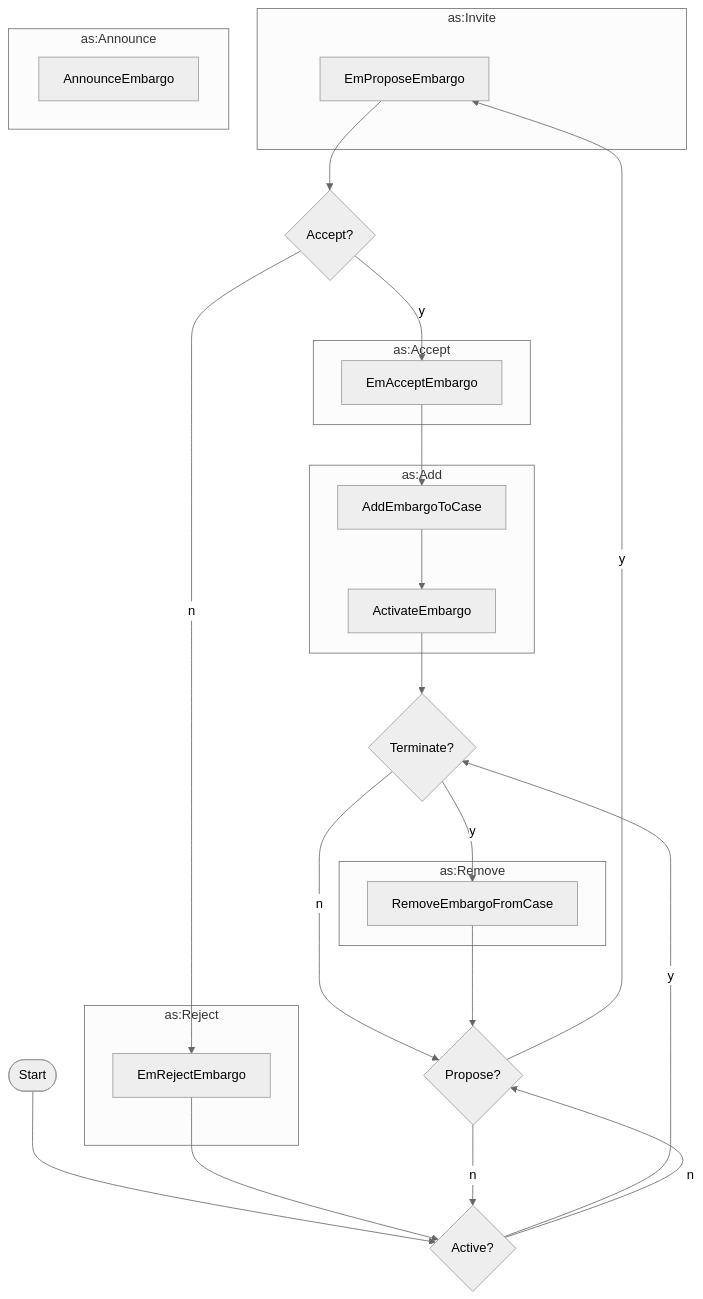
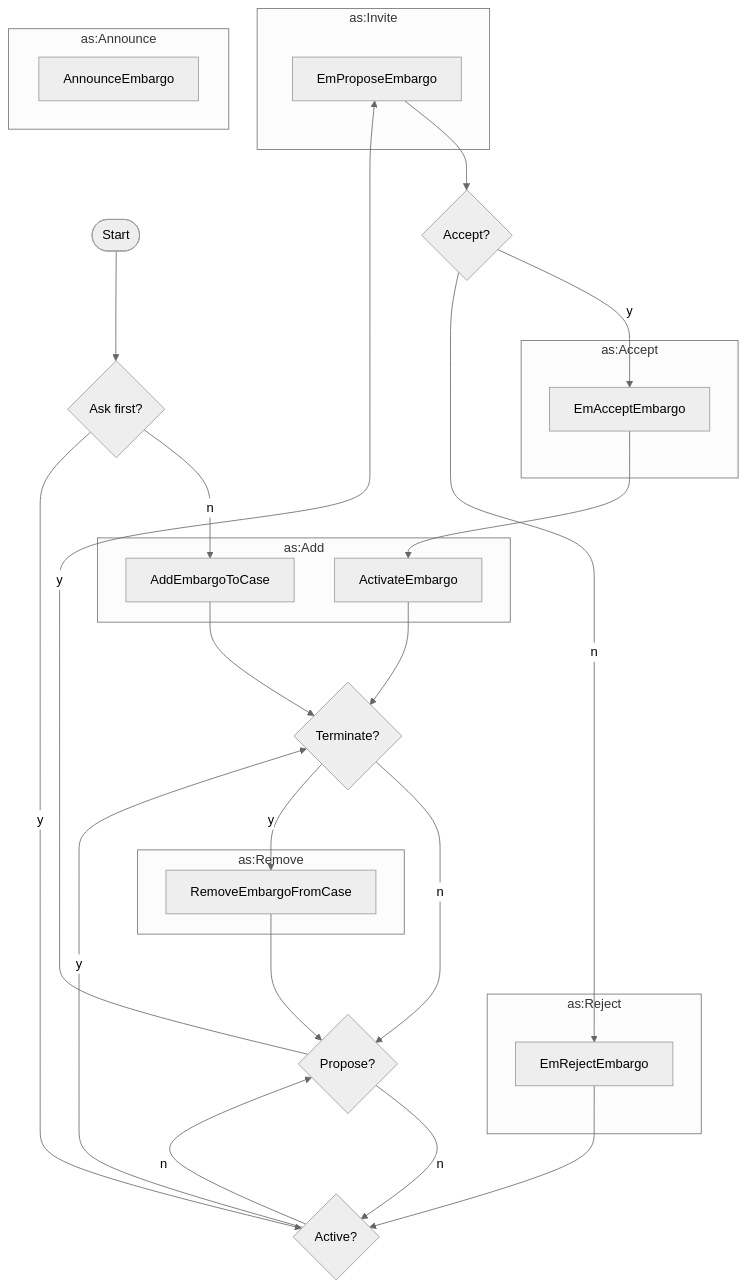
The diagram in docs/howto/activitypub/activities/manage_embargo.md (ahouseholder/Vultron), drawn with Mermaid (neutral theme) before and after one commit. The commit also changed other lines of this file and 13 other files, not shown here.

````diff
--- a/docs/howto/activitypub/activities/manage_embargo.md
+++ b/docs/howto/activitypub/activities/manage_embargo.md
@@ -15,37 +11,40 @@
 ```mermaid
 flowchart TB
     subgraph as:Invite
         EmProposeEmbargo
     end
     subgraph as:Accept
         EmAcceptEmbargo
     end
     subgraph as:Reject
         EmRejectEmbargo
     end
     subgraph as:Add
         ActivateEmbargo
         AddEmbargoToCase
     end
     subgraph as:Remove
         RemoveEmbargoFromCase
     end
     subgraph as:Announce
         AnnounceEmbargo
     end 
-    start([Start]) --> v{Active?}
+    start([Start])
+    start --> f{Ask first?}
+    f -->|n| AddEmbargoToCase
     v -->|y| t{Terminate?}
     p{Propose?} -->|y| EmProposeEmbargo
-    EmAcceptEmbargo --> AddEmbargoToCase
+    EmAcceptEmbargo --> ActivateEmbargo
     EmProposeEmbargo --> a{Accept?}
     EmRejectEmbargo --> v
+    f -->|y| v{Active?}
     a -->|y| EmAcceptEmbargo
     a -->|n| EmRejectEmbargo
     t -->|n| p
     t{Terminate?} -->|y| RemoveEmbargoFromCase
     ActivateEmbargo --> t
-    AddEmbargoToCase --> ActivateEmbargo
+    AddEmbargoToCase --> t
+    v -->|n| p
     p -->|n| v
-    v -->|n| p
     RemoveEmbargoFromCase --> p
 ```
````
